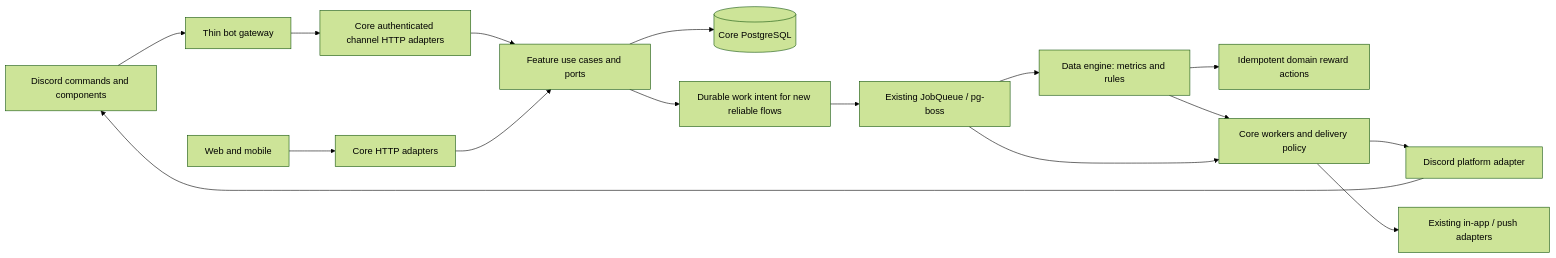
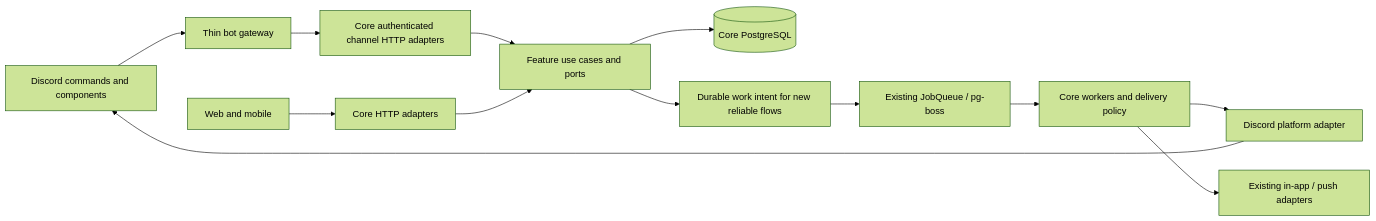
The diagram in docs/discord-omnichannel-plan.md (devloot-xyz/devloot_discord_bot), drawn with Mermaid (forest theme) before and after one commit. The commit also changed other lines of this file and 5 other files, not shown here.

````diff
--- a/docs/discord-omnichannel-plan.md
+++ b/docs/discord-omnichannel-plan.md
@@ -83,18 +77,15 @@
 ```mermaid
 flowchart LR
   D[Discord commands and components] --> B[Thin bot gateway]
   B --> I[Core authenticated channel HTTP adapters]
   W[Web and mobile] --> H[Core HTTP adapters]
   I --> U[Feature use cases and ports]
   H --> U
   U --> DB[(Core PostgreSQL)]
   U --> O[Durable work intent for new reliable flows]
   O --> Q[Existing JobQueue / pg-boss]
-  Q --> E[Data engine: metrics and rules]
-  E --> A[Idempotent domain reward actions]
-  E --> N
   Q --> N[Core workers and delivery policy]
   N --> DC[Discord platform adapter]
   N --> P[Existing in-app / push adapters]
   DC --> D
 ```
````
